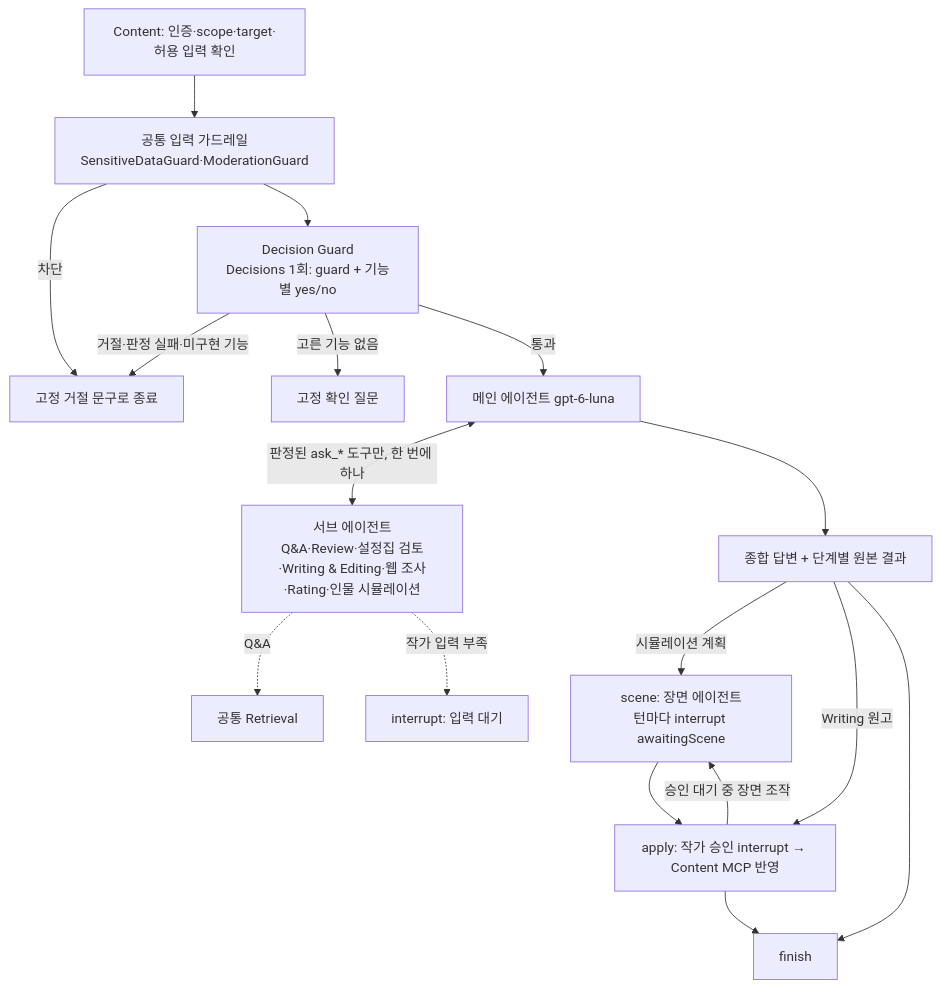
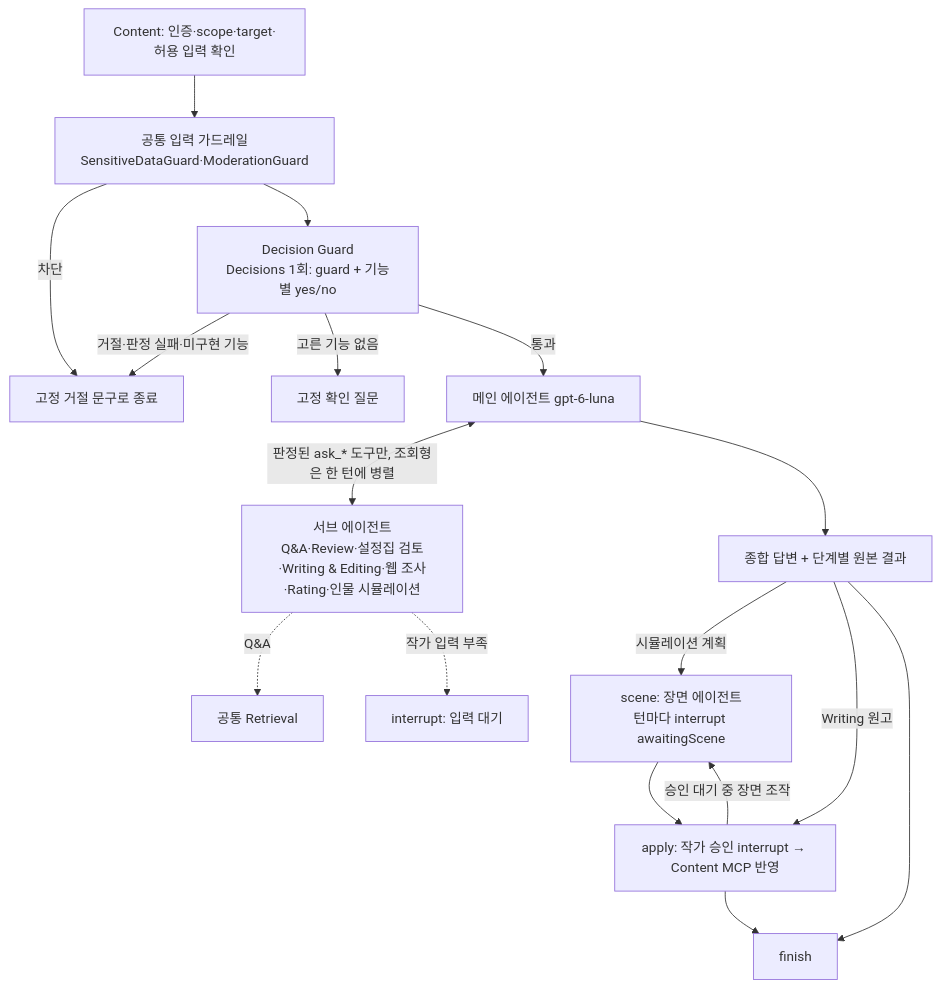
Before and after one commit to SKNETWORKS-FAMILY-AICAMP/SKN34-FINAL-4TEAM: the second of 2 diagrams in docs/writing-ai-architecture/02-ai-architecture.md, drawn with Mermaid. The commit also changed other lines of this file and 10 other files, not shown here.

```diff
--- a/docs/writing-ai-architecture/02-ai-architecture.md
+++ b/docs/writing-ai-architecture/02-ai-architecture.md
@@ -55,19 +55,19 @@
 ~~~mermaid
 flowchart TD
   C[Content: 인증·scope·target·허용 입력 확인] --> G0[공통 입력 가드레일<br/>SensitiveDataGuard·ModerationGuard]
   G0 -->|차단| R[고정 거절 문구로 종료]
   G0 --> G1[Decision Guard<br/>Decisions 1회: guard + 기능별 yes/no]
   G1 -->|거절·판정 실패·미구현 기능| R
   G1 -->|고른 기능 없음| Q[고정 확인 질문]
   G1 -->|통과| M[메인 에이전트 gpt-6-luna]
-  M <-->|판정된 ask_* 도구만, 한 번에 하나| S[서브 에이전트<br/>Q&A·Review·설정집 검토·Writing & Editing·웹 조사·Rating·인물 시뮬레이션]
+  M <-->|판정된 ask_* 도구만, 조회형은 한 턴에 병렬| S[서브 에이전트<br/>Q&A·Review·설정집 검토·Writing & Editing·웹 조사·Rating·인물 시뮬레이션]
   S -.->|Q&A| RT[공통 Retrieval]
   S -.->|작가 입력 부족| W[interrupt: 입력 대기]
   M --> F[종합 답변 + 단계별 원본 결과]
   F -->|시뮬레이션 계획| SC[scene: 장면 에이전트<br/>턴마다 interrupt awaitingScene]
   SC --> A
   F -->|Writing 원고| A[apply: 작가 승인 interrupt → Content MCP 반영]
   A -->|승인 대기 중 장면 조작| SC
   F --> E[finish]
   A --> E
 ~~~
```
